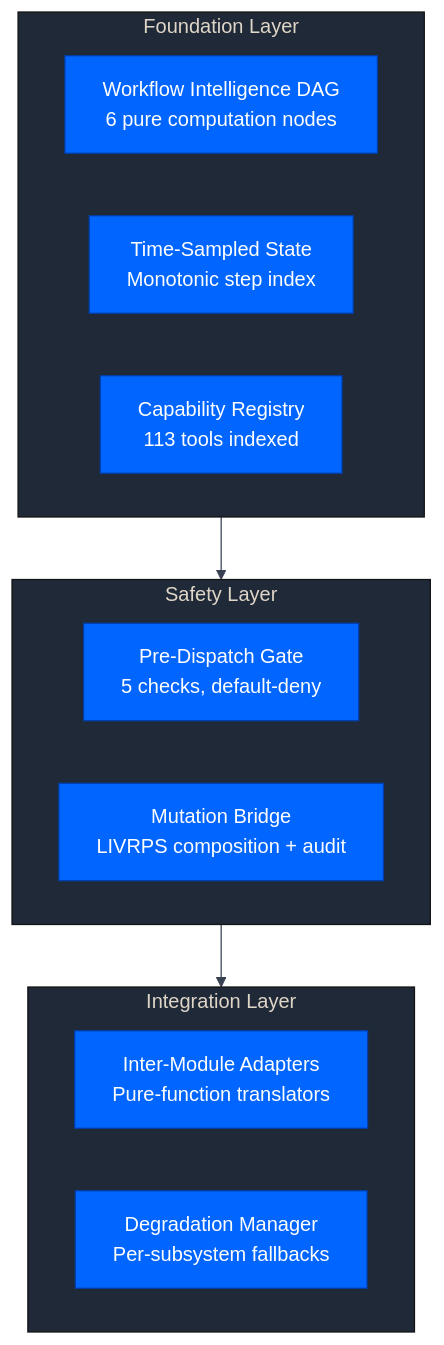
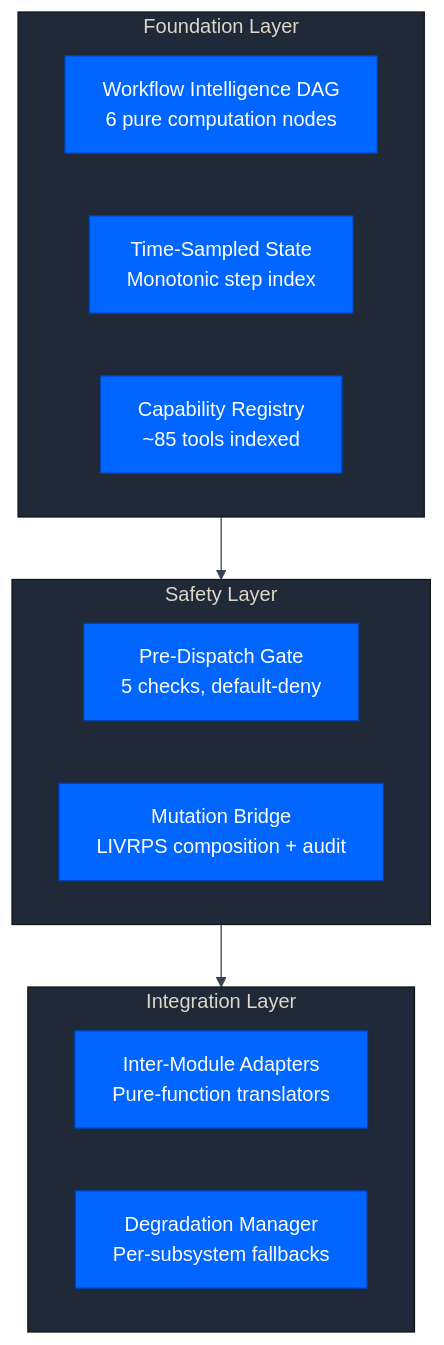
One commit to JosephOIbrahim/Comfy-Cozy changed diagram 16 of 26 in README.md. Above: the diagram before and after it, drawn with Mermaid. The commit also changed other lines of this file and 1 other file, not shown here.

````diff
--- a/README.md
+++ b/README.md
@@ -672,21 +672,21 @@
 ```mermaid
 %%{init: {'theme':'base','themeVariables': {'primaryColor':'#0066FF','primaryTextColor':'#ffffff','primaryBorderColor':'#003eaa','lineColor':'#374151','secondaryColor':'#374151','tertiaryColor':'#1f2937','fontFamily':'monospace'}}}%%
 graph TB
     subgraph Foundation ["Foundation Layer"]
         DAG["Workflow Intelligence DAG<br/>6 pure computation nodes"]
         OBS["Time-Sampled State<br/>Monotonic step index"]
-        CAP["Capability Registry<br/>113 tools indexed"]
+        CAP["Capability Registry<br/>~85 tools indexed"]
     end
 
     subgraph Safety ["Safety Layer"]
         GATE["Pre-Dispatch Gate<br/>5 checks, default-deny"]
         BRIDGE["Mutation Bridge<br/>LIVRPS composition + audit"]
     end
 
     subgraph Integration ["Integration Layer"]
         ADAPT["Inter-Module Adapters<br/>Pure-function translators"]
         DEGRADE["Degradation Manager<br/>Per-subsystem fallbacks"]
     end
 
     Foundation --> Safety --> Integration
 ```
````
